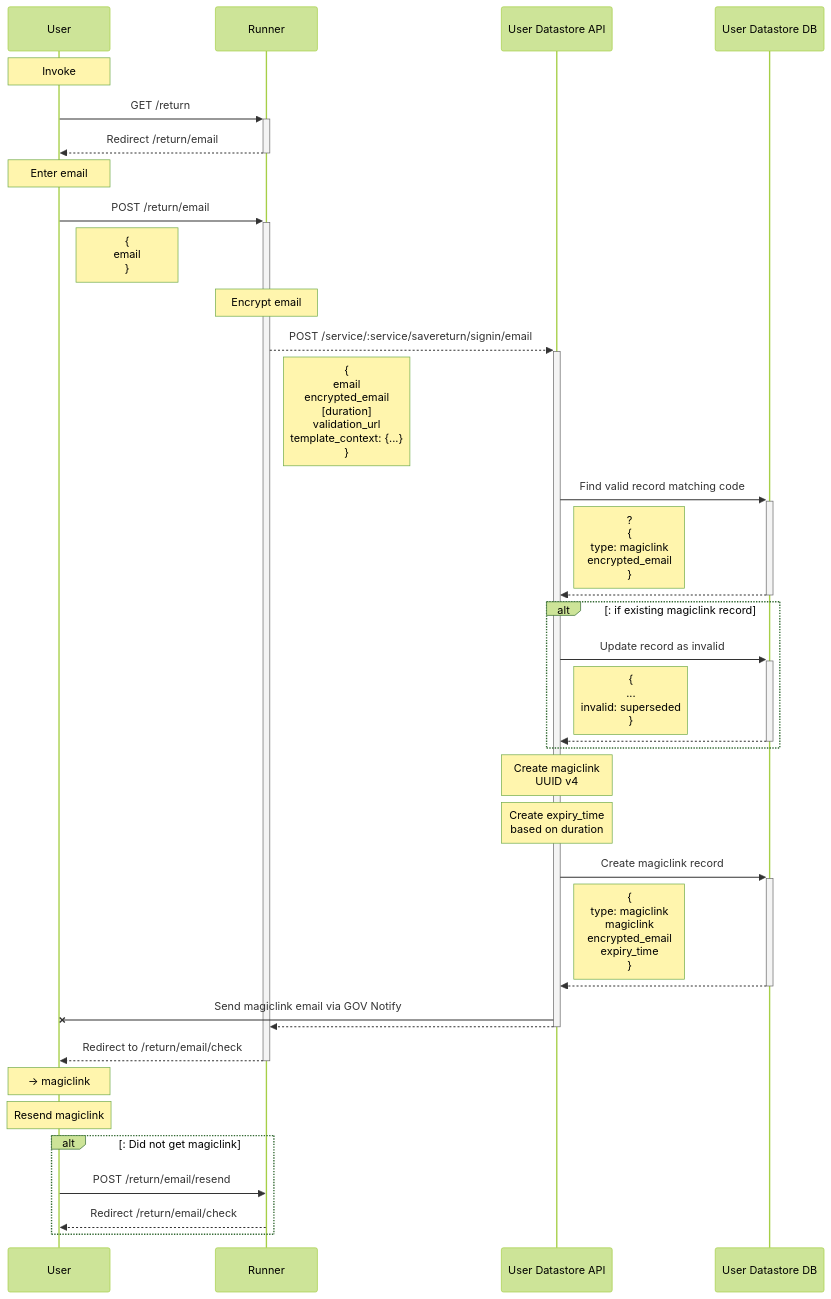
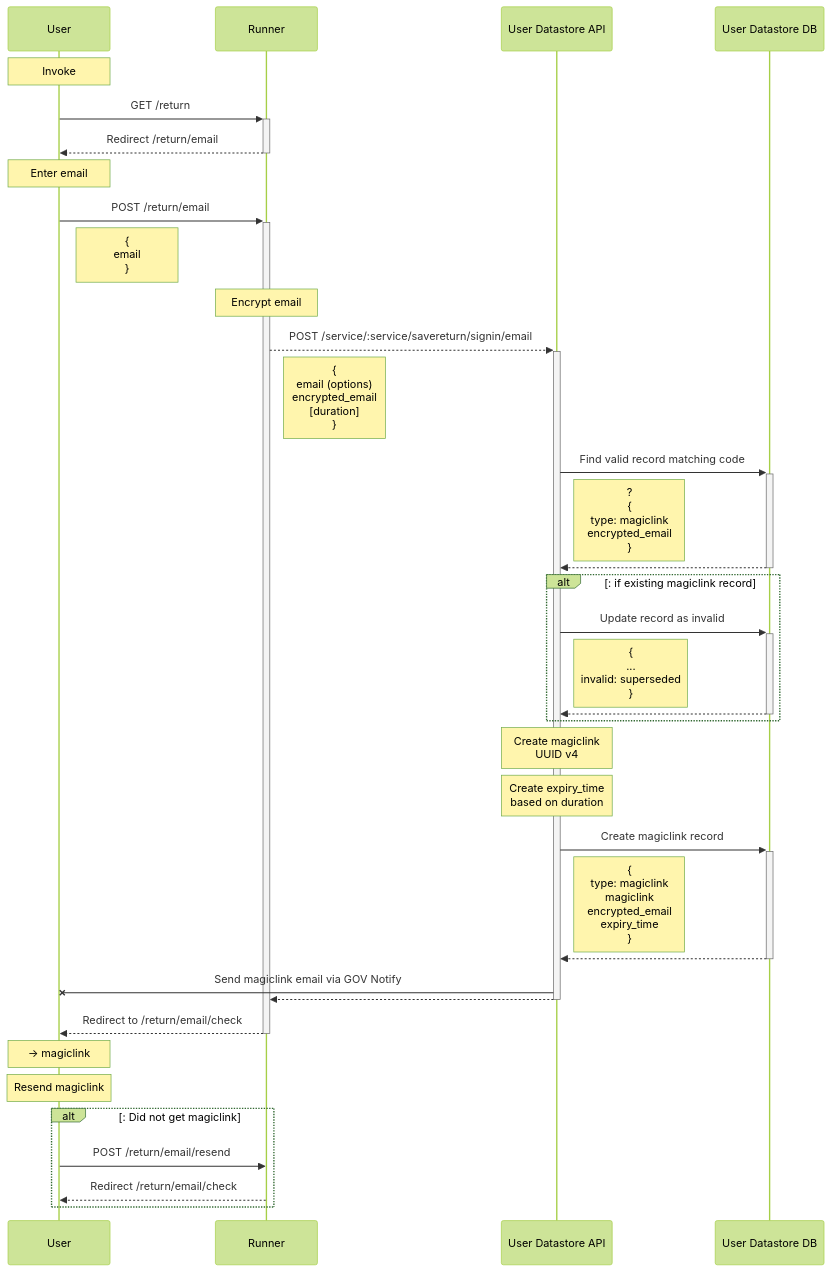
One commit to ministryofjustice/form-builder changed the diagram in documentation/running/save-and-return/files/return--signin.mmd. Above: the diagram before and after it, drawn with Mermaid (forest theme). The commit also changed 5 other files, not shown here.

Commit message:
Update docs to reflect passing all email and sms options to save and return as objects

```diff
--- a/documentation/running/save-and-return/files/return--signin.mmd
+++ b/documentation/running/save-and-return/files/return--signin.mmd
@@ -1,71 +1,71 @@
 sequenceDiagram
 
 participant U as User
 
 participant R as Runner
 
 participant DS as User Datastore API
 
 participant DB as User Datastore DB
 
 Note over U: Invoke
 
 U->>+R: GET /return
 
 R-->>-U: Redirect /return/email
 
 Note over U: Enter email
 
 U->>+R: POST /return/email
 
 Note right of U: {<br>email<br>}
 
 Note over R: Encrypt email
 
 R-->>+DS: POST /service/:service/savereturn/signin/email
 
-Note right of R: {<br>email<br>encrypted_email<br>[duration]<br>validation_url<br>template_context: {...}<br>}
+Note right of R: {<br>email (options)<br>encrypted_email<br>[duration]<br>}
 
 DS->>+DB: Find valid record matching code 
 
 Note right of DS: ?<br>{<br>type: magiclink<br>encrypted_email<br>}
 
 DB-->>-DS: 
 
 alt: if existing magiclink record
 
 DS->>+DB: Update record as invalid 
 
 Note right of DS: {<br>...<br>invalid: superseded<br>}
 
 DB-->>-DS: 
 
 end
 
 Note over DS: Create  magiclink<br>UUID v4
 
 Note over DS: Create expiry_time<br>based on duration
 
 DS->>+DB: Create magiclink record 
 
 Note right of DS: { <br>type: magiclink<br>magiclink<br>encrypted_email<br>expiry_time<br> }
 
 DB-->>-DS: 
 
 DS-XU: Send magiclink email via GOV Notify 
 
 DS-->>-R:  
 
 R-->>-U:  Redirect to /return/email/check
 
 Note over U: -> magiclink
 
 Note over U: Resend magiclink
 
 alt: Did not get magiclink
 
 U->>R: POST /return/email/resend
 
 R-->>U: Redirect /return/email/check
 
 end
```
